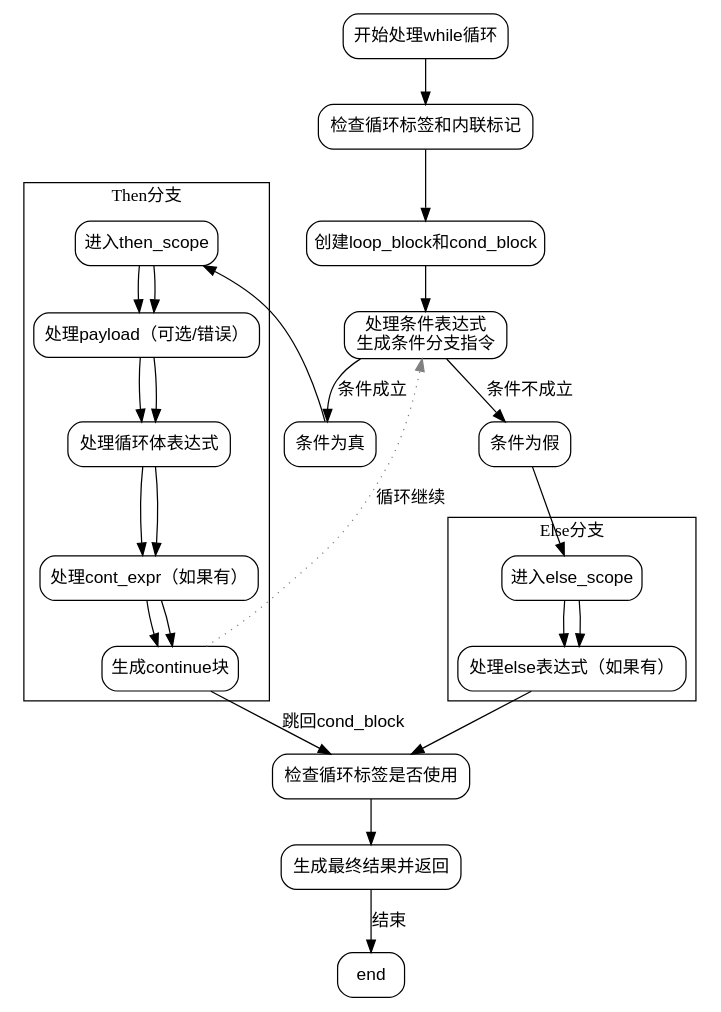
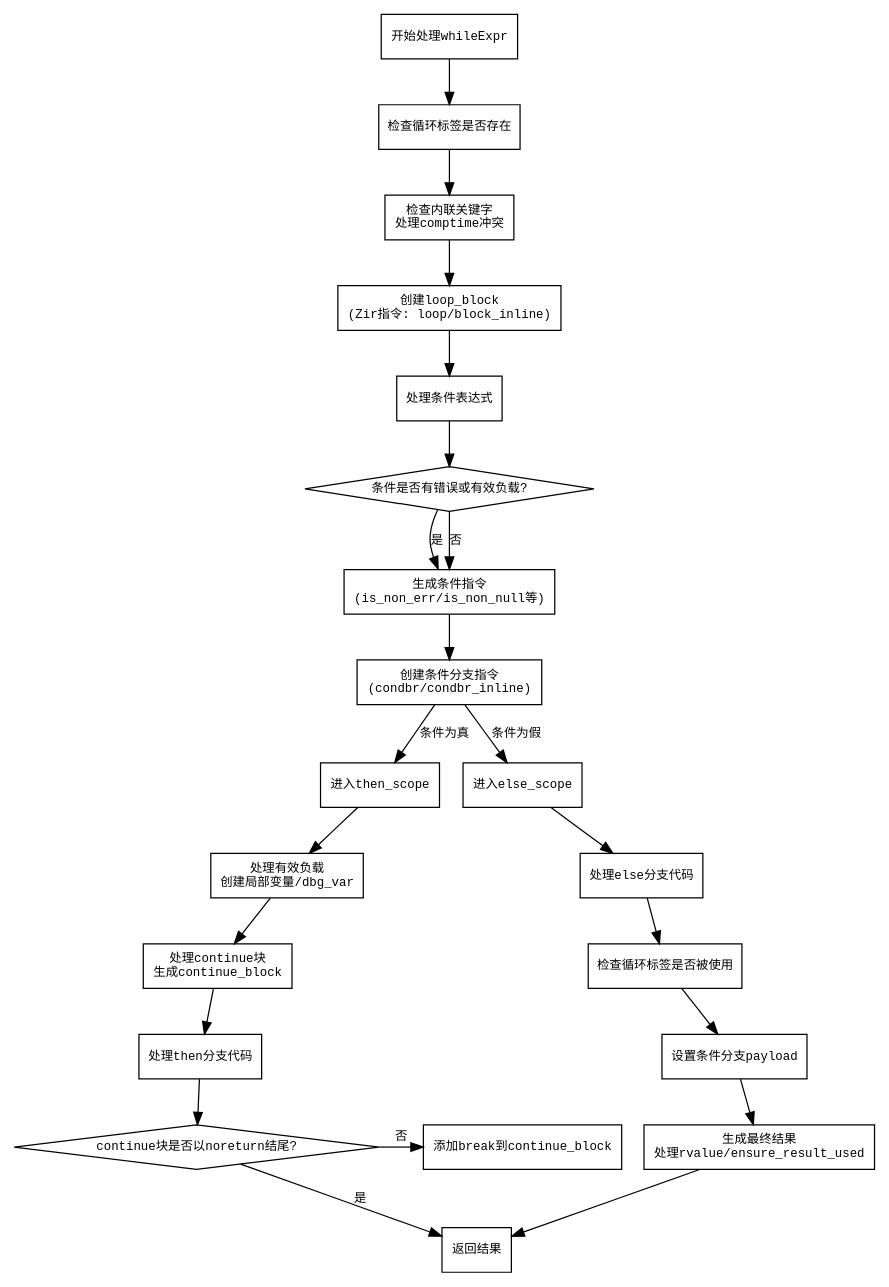
One commit to sdzx-1/deepseek-zig-reader changed the diagram in dot_std/zig/AstGen.zig.whileExpr.md. Above: the diagram before and after it, drawn with Graphviz. The commit also changed other lines of this file and 236 other files, not shown here.

````diff
--- a/dot_std/zig/AstGen.zig.whileExpr.md
+++ b/dot_std/zig/AstGen.zig.whileExpr.md
@@ -40,57 +34,58 @@
 ```dot
 digraph flowchart {
-    node [shape=rectangle, style="rounded", fontname="Arial"];
-    edge [fontname="Arial"];
+    node [shape=rectangle, fontname="Courier", fontsize=10];
+    edge [fontname="Courier", fontsize=10];
 
-    start [label="开始处理while循环"];
-    check_label [label="检查循环标签和内联标记"];
-    create_blocks [label="创建loop_block和cond_block"];
-    process_cond [label="处理条件表达式\n生成条件分支指令"];
-    cond_true [label="条件为真"];
-    cond_false [label="条件为假"];
-    process_then [label="进入then_scope"];
-    handle_payload [label="处理payload（可选/错误）"];
-    process_then_body [label="处理循环体表达式"];
-    handle_cont_expr [label="处理cont_expr（如果有）"];
-    create_continue [label="生成continue块"];
-    process_else [label="进入else_scope"];
-    handle_else [label="处理else表达式（如果有）"];
-    check_label_usage [label="检查循环标签是否使用"];
-    final_result [label="生成最终结果并返回"];
+    start [label="开始处理whileExpr"];
+    check_label [label="检查循环标签是否存在"];
+    check_inline [label="检查内联关键字\n处理comptime冲突"];
+    create_loop_block [label="创建loop_block\n(Zir指令: loop/block_inline)"];
+    handle_cond [label="处理条件表达式"];
+    cond_payload_check [label="条件是否有错误或有效负载?" shape=diamond];
+    gen_cond_inst [label="生成条件指令\n(is_non_err/is_non_null等)"];
+    create_condbr [label="创建条件分支指令\n(condbr/condbr_inline)"];
+    then_scope [label="进入then_scope"];
+    handle_payload [label="处理有效负载\n创建局部变量/dbg_var"];
+    handle_cont [label="处理continue块\n生成continue_block"];
+    process_then [label="处理then分支代码"];
+    check_cont_noreturn [label="continue块是否以noreturn结尾?" shape=diamond];
+    add_break_cont [label="添加break到continue_block"];
+    else_scope [label="进入else_scope"];
+    process_else [label="处理else分支代码"];
+    check_label_used [label="检查循环标签是否被使用"];
+    set_condbr_payload [label="设置条件分支payload"];
+    final_result [label="生成最终结果\n处理rvalue/ensure_result_used"];
+    end [label="返回结果"];
 
     start -> check_label;
-    check_label -> create_blocks;
-    create_blocks -> process_cond;
+    check_label -> check_inline;
+    check_inline -> create_loop_block;
+    create_loop_block -> handle_cond;
     
-    process_cond -> cond_true [label="条件成立"];
-    process_cond -> cond_false [label="条件不成立"];
+    handle_cond -> cond_payload_check;
+    cond_payload_check -> gen_cond_inst [label="是"];
+    cond_payload_check -> gen_cond_inst [label="否"];
+    gen_cond_inst -> create_condbr;
     
-    cond_true -> process_then;
-    process_then -> handle_payload;
-    handle_payload -> process_then_body;
-    process_then_body -> handle_cont_expr;
-    handle_cont_expr -> create_continue;
-    create_continue -> check_label_usage [label="跳回cond_block"];
+    create_condbr -> then_scope [label="条件为真"];
+    create_condbr -> else_scope [label="条件为假"];
     
-    cond_false -> process_else;
-    process_else -> handle_else;
-    handle_else -> check_label_usage;
+    then_scope -> handle_payload;
+    handle_payload -> handle_cont;
+    handle_cont -> process_then;
+    process_then -> check_cont_noreturn;
+    check_cont_noreturn -> add_break_cont [label="否"];
+    check_cont_noreturn -> end [label="是"];
+    add_break_cont -> else_scope [style=invis];
     
-    check_label_usage -> final_result;
-
-    // 隐式循环连接
-    create_continue -> process_cond [style=dotted, label="循环继续", color=gray];
-    final_result -> end [label="结束"];
-
-    // 子流程细化
-    subgraph cluster_then {
-        label="Then分支";
-        process_then -> handle_payload -> process_then_body -> handle_cont_expr -> create_continue;
-    }
-
-    subgraph cluster_else {
-        label="Else分支";
-        process_else -> handle_else;
-    }
+    else_scope -> process_else;
+    process_else -> check_label_used;
+    check_label_used -> set_condbr_payload;
+    set_condbr_payload -> final_result;
+    final_result -> end;
+    
+    // 隐式连接点
+    {rank=same; then_scope else_scope}
+    {rank=same; check_cont_noreturn add_break_cont}
 }
 ```
````
